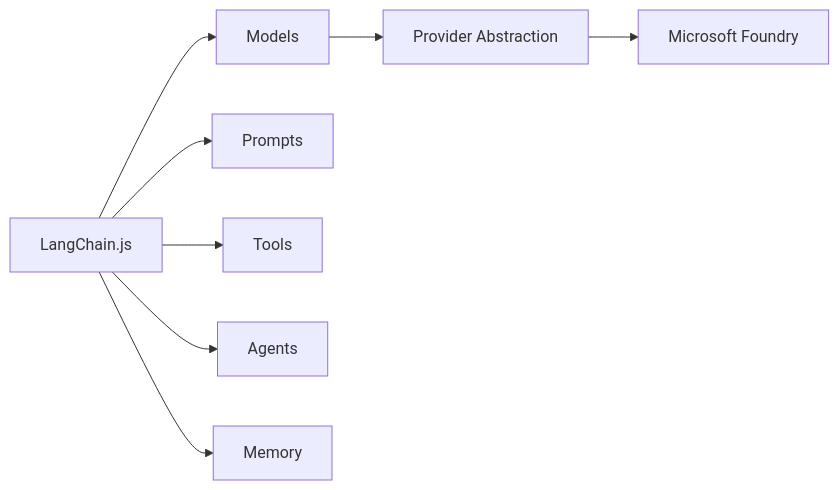
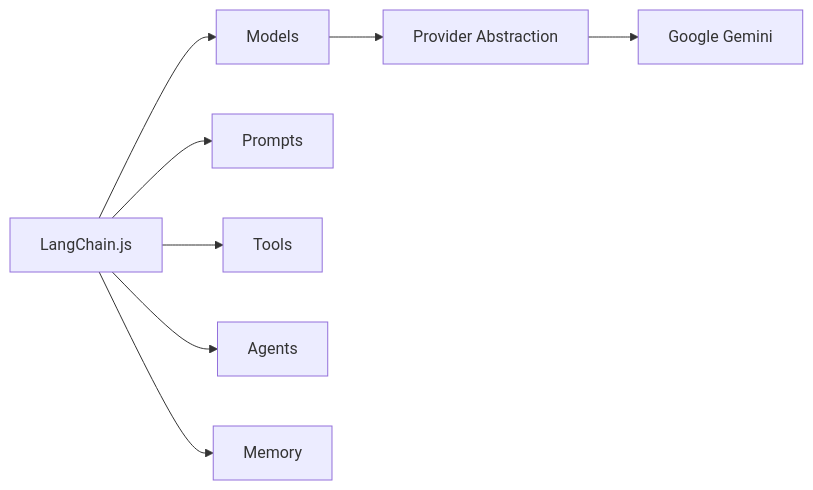
Before and after one commit to saptarshimondal/langchainjs-for-beginners: the second of 2 diagrams in 01-introduction/README.md, drawn with Mermaid. The commit also changed other lines of this file and 2 other files, not shown here.

Commit message:
Update chapter 1 readme and comparison script to fully use Google Gemini validate-examples

````diff
--- a/01-introduction/README.md
+++ b/01-introduction/README.md
@@ -400,10 +400,10 @@
 ```mermaid
 graph LR
     A[LangChain.js] --> B[Models]
     A --> C[Prompts]
     A --> D[Tools]
     A --> E[Agents]
     A --> F[Memory]
     B --> G[Provider Abstraction]
-    G --> H[Microsoft Foundry]
+    G --> H[Google Gemini]
 ```
````
